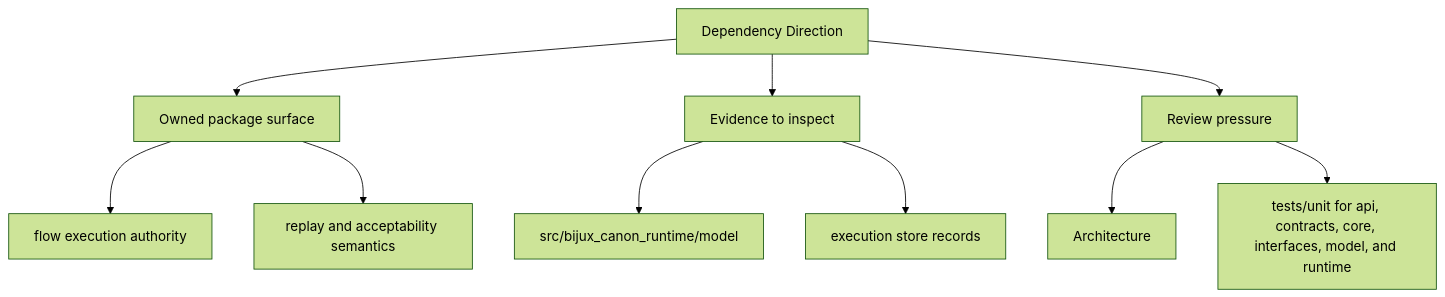
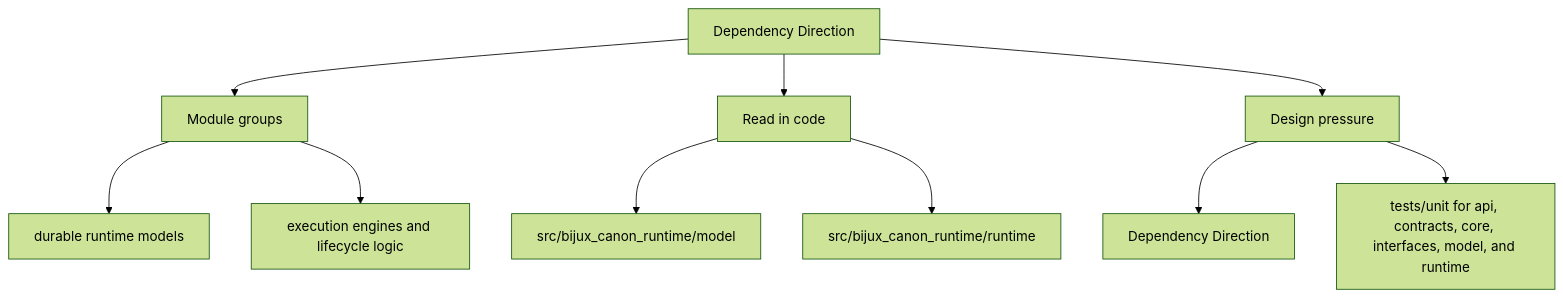
The second of 2 diagrams in docs/bijux-canon-runtime/architecture/dependency-direction.md (bijux/bijux-canon), drawn with Mermaid (forest theme) before and after one commit. The commit also changed other lines of this file and 250 other files, not shown here.

Commit message:
docs(diagrams): make product page maps more readable

````diff
--- a/docs/bijux-canon-runtime/architecture/dependency-direction.md
+++ b/docs/bijux-canon-runtime/architecture/dependency-direction.md
@@ -35,22 +35,22 @@
 ```mermaid
 flowchart TD
     page["Dependency Direction"]
-    focus1["Owned package surface"]
+    focus1["Module groups"]
     page --> focus1
-    focus1_1["flow execution authority"]
+    focus1_1["durable runtime models"]
     focus1 --> focus1_1
-    focus1_2["replay and acceptability semantics"]
+    focus1_2["execution engines and lifecycle logic"]
     focus1 --> focus1_2
-    focus2["Evidence to inspect"]
+    focus2["Read in code"]
     page --> focus2
     focus2_1["src/bijux_canon_runtime/model"]
     focus2 --> focus2_1
-    focus2_2["execution store records"]
+    focus2_2["src/bijux_canon_runtime/runtime"]
     focus2 --> focus2_2
-    focus3["Review pressure"]
+    focus3["Design pressure"]
     page --> focus3
-    focus3_1["Architecture"]
+    focus3_1["Dependency Direction"]
     focus3 --> focus3_1
     focus3_2["tests/unit for api, contracts, core, interfaces, model, and runtime"]
     focus3 --> focus3_2
 ```
````
